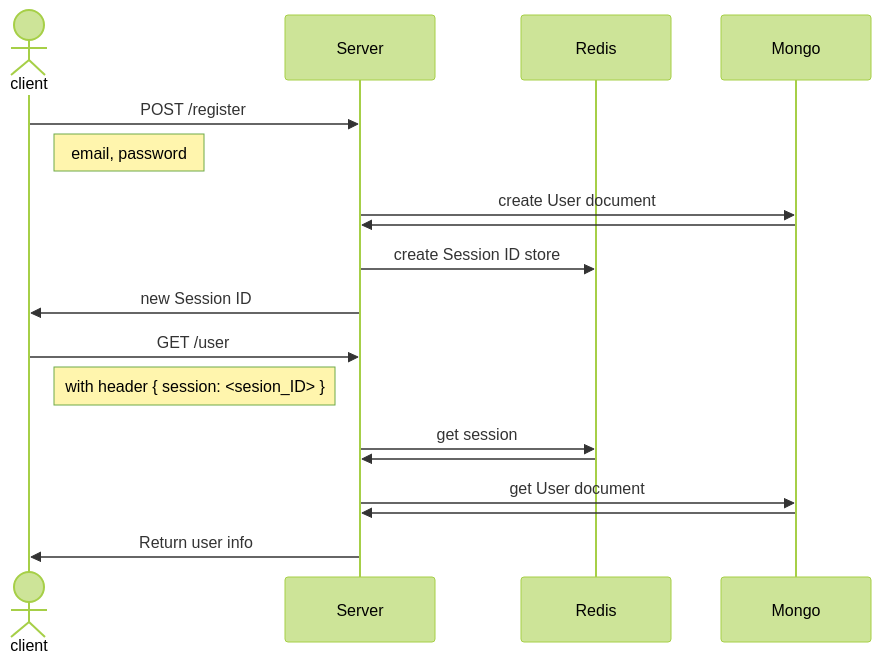
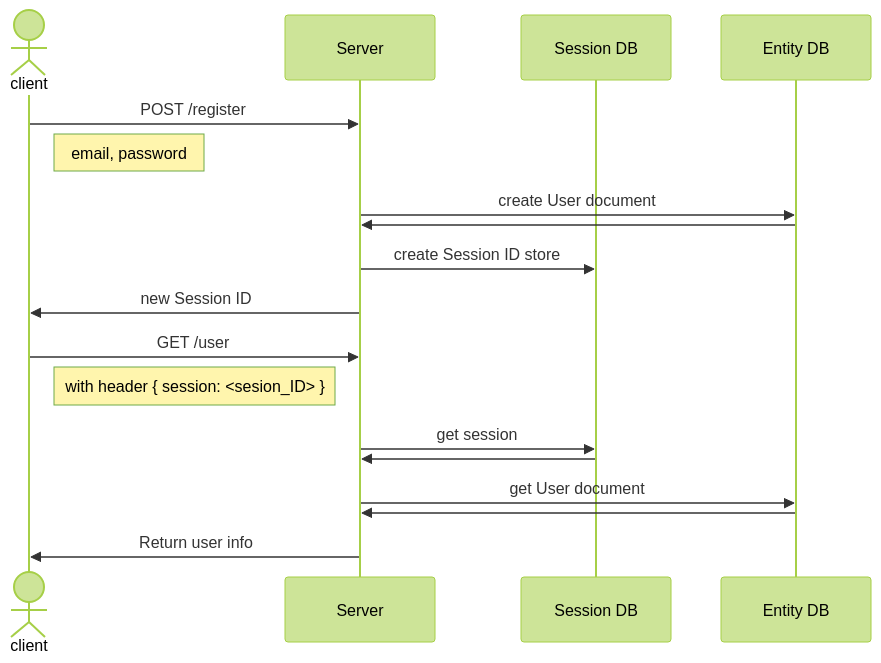
The second of 2 diagrams in projects/server/README.md (byanthny/on-it), drawn with Mermaid (forest theme) before and after one commit. The commit also changed other lines of this file, not shown here.

Commit message:
server:docs: add entity relation diagram

````diff
--- a/projects/server/README.md
+++ b/projects/server/README.md
@@ -9,21 +20,21 @@
 ```mermaid
 sequenceDiagram
     actor C as client
     participant S as Server
-    participant R as Redis
-    participant M as Mongo
+    participant R as Session DB
+    participant M as Entity DB
 
     C->>S: POST /register
     Note right of C: email, password
     S->>M: create User document
     M->>S: 
     S->>R: create Session ID store
     S->>C: new Session ID
     C->>S: GET /user
     Note right of C: with header { session: <sesion_ID> }
     S->>R: get session
     R->>S: 
     S->>M: get User document
     M->>S: 
     S->>C: Return user info   
 ```
````
